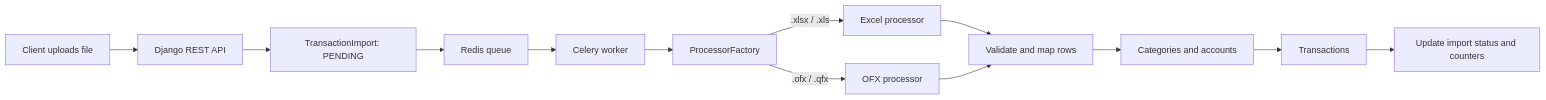
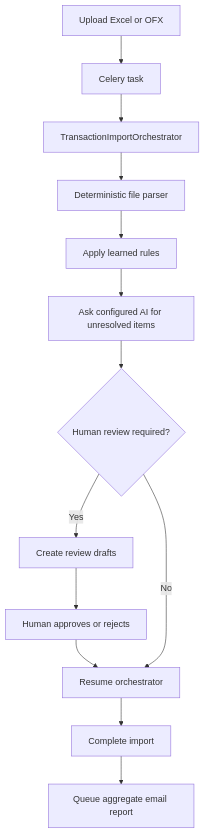
One commit to caiomoura1994/django-simple-finance changed the diagram in README.md. Above: the diagram before and after it, drawn with Mermaid. The commit also changed other lines of this file and 14 other files, not shown here.

Commit message:
feat: orchestrate import report emails

````diff
--- a/README.md
+++ b/README.md
@@ -24,15 +25,15 @@
 ```mermaid
-flowchart LR
-    A[Client uploads file] --> B[Django REST API]
-    B --> C[TransactionImport: PENDING]
-    C --> D[Redis queue]
-    D --> E[Celery worker]
-    E --> F[ProcessorFactory]
-    F -->|.xlsx / .xls| G[Excel processor]
-    F -->|.ofx / .qfx| H[OFX processor]
-    G --> I[Validate and map rows]
-    H --> I
-    I --> J[Categories and accounts]
-    J --> K[Transactions]
-    K --> L[Update import status and counters]
+flowchart TD
+    A[Upload Excel or OFX] --> B[Celery task]
+    B --> C[TransactionImportOrchestrator]
+    C --> D[Deterministic file parser]
+    D --> E[Apply learned rules]
+    E --> F[Ask configured AI for unresolved items]
+    F --> G{Human review required?}
+    G -->|Yes| H[Create review drafts]
+    H --> I[Human approves or rejects]
+    I --> J[Resume orchestrator]
+    G -->|No| J
+    J --> K[Complete import]
+    K --> L[Queue aggregate email report]
 ```
````
